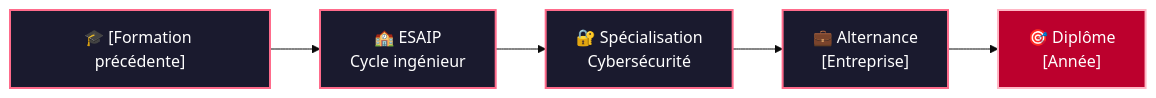
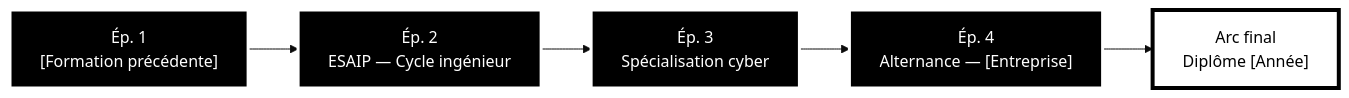
One commit to noshiubito/noshiubito changed the diagram in README.md. Above: the diagram before and after it, drawn with Mermaid (base theme). The commit also changed other lines of this file, not shown here.

````diff
--- a/README.md
+++ b/README.md
@@ -71,12 +81,12 @@
 ```mermaid
 flowchart LR
-    A["🎓 [Formation précédente]"] --> B["🏫 ESAIP<br/>Cycle ingénieur"]
-    B --> C["🔐 Spécialisation<br/>Cybersécurité"]
-    C --> D["💼 Alternance<br/>[Entreprise]"]
-    D --> E["🎯 Diplôme<br/>[Année]"]
+    A["Ép. 1<br/>[Formation précédente]"] --> B["Ép. 2<br/>ESAIP — Cycle ingénieur"]
+    B --> C["Ép. 3<br/>Spécialisation cyber"]
+    C --> D["Ép. 4<br/>Alternance — [Entreprise]"]
+    D --> E["Arc final<br/>Diplôme [Année]"]
 
-    classDef step fill:#1a1a2e,stroke:#ff6b8b,stroke-width:2px,color:#ffffff;
-    classDef goal fill:#bc002d,stroke:#ffb7c5,stroke-width:2px,color:#ffffff;
-    class A,B,C,D step;
-    class E goal;
+    classDef ep fill:#000000,stroke:#ffffff,stroke-width:3px,color:#ffffff;
+    classDef final fill:#ffffff,stroke:#000000,stroke-width:4px,color:#000000;
+    class A,B,C,D ep;
+    class E final;
 ```
````
